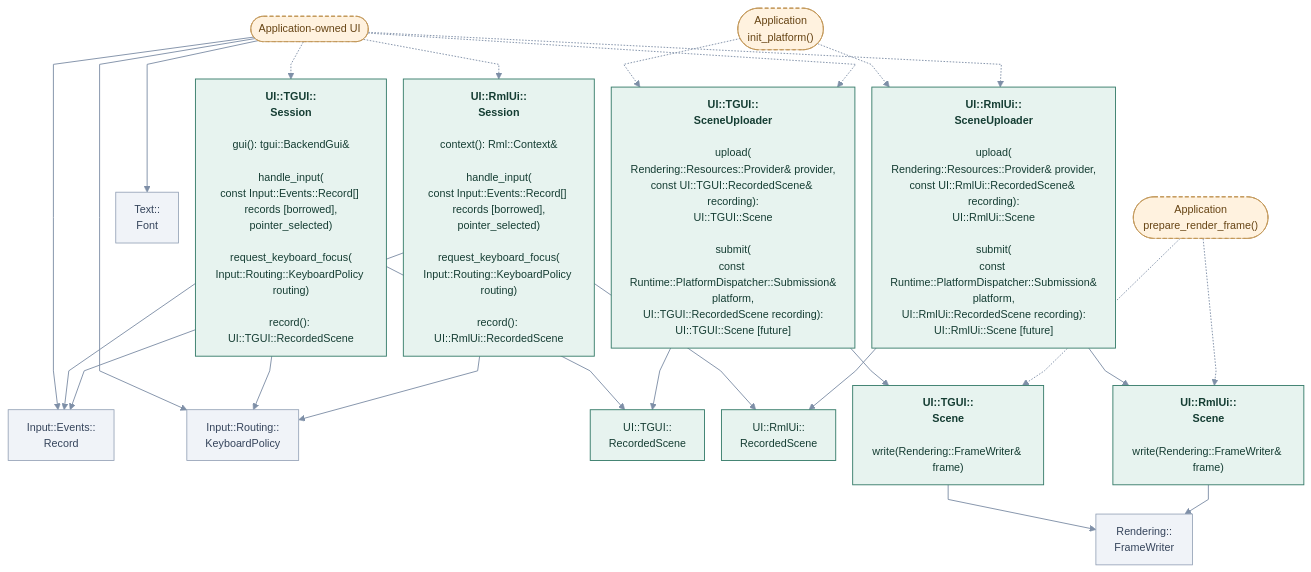
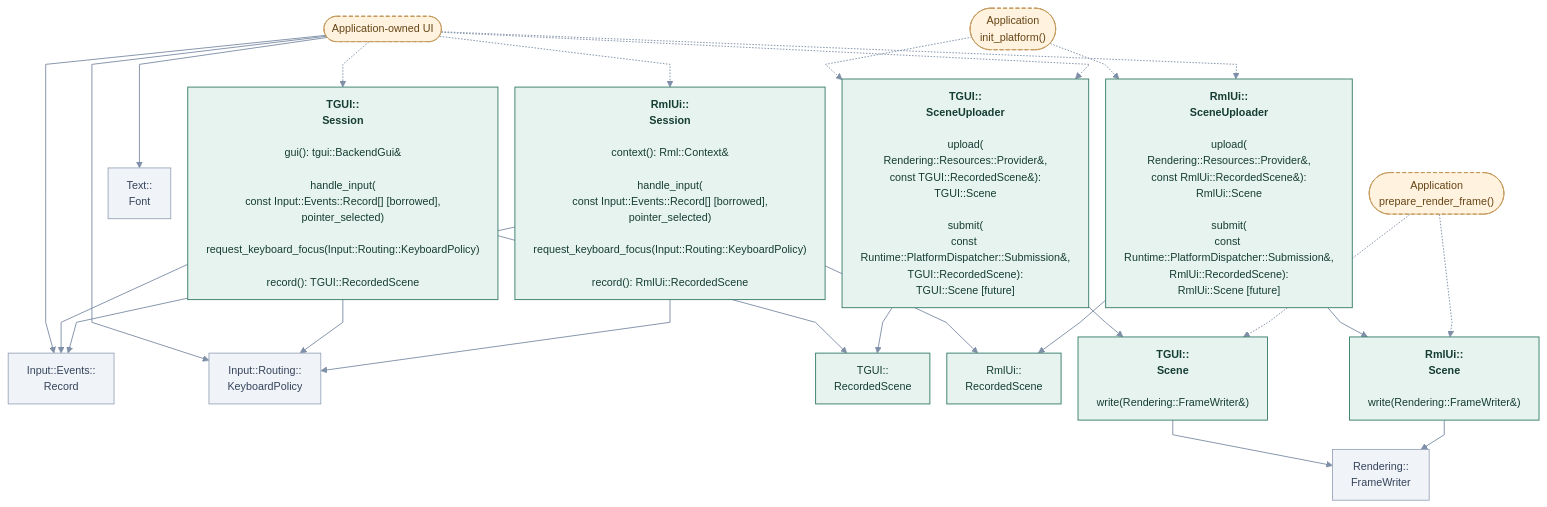
Before and after one commit to cppcooper/cheryl-engine: the diagram in docs/site/engine-systems/diagrams/gui-application.mmd, drawn with Mermaid. The commit also changed 54 other files, not shown here.

First line of the commit message:
Simplifies signatures and namespace labels across subsystem diagrams

```diff
--- a/docs/site/engine-systems/diagrams/gui-application.mmd
+++ b/docs/site/engine-systems/diagrams/gui-application.mmd
@@ -1,59 +1,59 @@
 ---
 config:
   theme: base
   themeVariables:
     fontFamily: system-ui, sans-serif
     fontSize: 14px
   flowchart:
     htmlLabels: true
     curve: linear
     nodeSpacing: 22
     rankSpacing: 38
     padding: 12
 ---
 flowchart TB
     accTitle: GUI · application-owned sessions and publication
-    accDescr: Arrows point toward the API or type used, not call order or data flow. Methods beneath type names are selected application entry points; Implement hooks marks engine-invoked overrides. Dashed arrows mark optional choices.
+    accDescr: Local names omit UI::; ambiguous nested namespaces remain qualified. Local names omit UI::; ambiguous nested namespaces remain qualified. Arrows point toward the API or type used, not call order or data flow. Methods beneath type names are selected application entry points; Implement hooks marks engine-invoked overrides. Dashed arrows mark optional choices.
     k0(["Application-owned UI"]):::app
-    k1["<b>UI::TGUI::<br/>Session</b><br/><br/>gui(): tgui::BackendGui&amp;<br/><br/>handle_input(<br/>const Input::Events::Record[] records [borrowed],<br/>pointer_selected)<br/><br/>request_keyboard_focus(<br/>Input::Routing::KeyboardPolicy routing)<br/><br/>record(): UI::TGUI::RecordedScene"]:::focal
-    k2["<b>UI::RmlUi::<br/>Session</b><br/><br/>context(): Rml::Context&amp;<br/><br/>handle_input(<br/>const Input::Events::Record[] records [borrowed],<br/>pointer_selected)<br/><br/>request_keyboard_focus(<br/>Input::Routing::KeyboardPolicy routing)<br/><br/>record(): UI::RmlUi::RecordedScene"]:::focal
+    k1["<b>TGUI::<br/>Session</b><br/><br/>gui(): tgui::BackendGui&amp;<br/><br/>handle_input(<br/>const Input::Events::Record[] [borrowed],<br/>pointer_selected)<br/><br/>request_keyboard_focus(Input::Routing::KeyboardPolicy)<br/><br/>record(): TGUI::RecordedScene"]:::focal
+    k2["<b>RmlUi::<br/>Session</b><br/><br/>context(): Rml::Context&amp;<br/><br/>handle_input(<br/>const Input::Events::Record[] [borrowed],<br/>pointer_selected)<br/><br/>request_keyboard_focus(Input::Routing::KeyboardPolicy)<br/><br/>record(): RmlUi::RecordedScene"]:::focal
     k3["Input::Events::<br/>Record"]:::neighbor
     k4["Input::Routing::<br/>KeyboardPolicy"]:::neighbor
     k5["Text::<br/>Font"]:::neighbor
-    k6["UI::TGUI::<br/>RecordedScene"]:::focal
-    k7["UI::RmlUi::<br/>RecordedScene"]:::focal
+    k6["TGUI::<br/>RecordedScene"]:::focal
+    k7["RmlUi::<br/>RecordedScene"]:::focal
     k8(["Application<br/>init_platform()"]):::app
-    k9["<b>UI::TGUI::<br/>SceneUploader</b><br/><br/>upload(<br/>Rendering::Resources::Provider&amp; provider,<br/>const UI::TGUI::RecordedScene&amp; recording):<br/>UI::TGUI::Scene<br/><br/>submit(<br/>const Runtime::PlatformDispatcher::Submission&amp;<br/>platform,<br/>UI::TGUI::RecordedScene recording):<br/>UI::TGUI::Scene [future]"]:::focal
-    k10["<b>UI::RmlUi::<br/>SceneUploader</b><br/><br/>upload(<br/>Rendering::Resources::Provider&amp; provider,<br/>const UI::RmlUi::RecordedScene&amp; recording):<br/>UI::RmlUi::Scene<br/><br/>submit(<br/>const Runtime::PlatformDispatcher::Submission&amp;<br/>platform,<br/>UI::RmlUi::RecordedScene recording):<br/>UI::RmlUi::Scene [future]"]:::focal
-    k11["<b>UI::TGUI::<br/>Scene</b><br/><br/>write(Rendering::FrameWriter&amp; frame)"]:::focal
-    k12["<b>UI::RmlUi::<br/>Scene</b><br/><br/>write(Rendering::FrameWriter&amp; frame)"]:::focal
+    k9["<b>TGUI::<br/>SceneUploader</b><br/><br/>upload(<br/>Rendering::Resources::Provider&amp;,<br/>const TGUI::RecordedScene&amp;):<br/>TGUI::Scene<br/><br/>submit(<br/>const Runtime::PlatformDispatcher::Submission&amp;,<br/>TGUI::RecordedScene):<br/>TGUI::Scene [future]"]:::focal
+    k10["<b>RmlUi::<br/>SceneUploader</b><br/><br/>upload(<br/>Rendering::Resources::Provider&amp;,<br/>const RmlUi::RecordedScene&amp;):<br/>RmlUi::Scene<br/><br/>submit(<br/>const Runtime::PlatformDispatcher::Submission&amp;,<br/>RmlUi::RecordedScene):<br/>RmlUi::Scene [future]"]:::focal
+    k11["<b>TGUI::<br/>Scene</b><br/><br/>write(Rendering::FrameWriter&amp;)"]:::focal
+    k12["<b>RmlUi::<br/>Scene</b><br/><br/>write(Rendering::FrameWriter&amp;)"]:::focal
     k13(["Application<br/>prepare_render_frame()"]):::app
     k14["Rendering::<br/>FrameWriter"]:::neighbor
     k0 -.-> k1
     k0 -.-> k2
     k0 --> k3
     k0 --> k4
     k0 --> k5
     k1 --> k6
     k2 --> k7
     k8 -.-> k9
     k8 -.-> k10
     k9 --> k11
     k10 --> k12
     k13 -.-> k11
     k13 -.-> k12
     k11 --> k14
     k12 --> k14
     k9 --> k6
     k0 -.-> k9
     k10 --> k7
     k0 -.-> k10
     k1 --> k3
     k1 --> k4
     k2 --> k3
     k2 --> k4
     classDef focal fill:#e7f3ef,stroke:#387d6b,color:#153d33,stroke-width:1.2px
     classDef neighbor fill:#f0f3f8,stroke:#8c9bb1,color:#35445b,stroke-width:1px
     classDef app fill:#fff2df,stroke:#c09452,color:#674515,stroke-dasharray:5 3
     classDef system fill:#eaf0fc,stroke:#617fab,color:#263f69,stroke-width:1.2px
     linkStyle default stroke:#7e8fa7,stroke-width:1.2px
```
